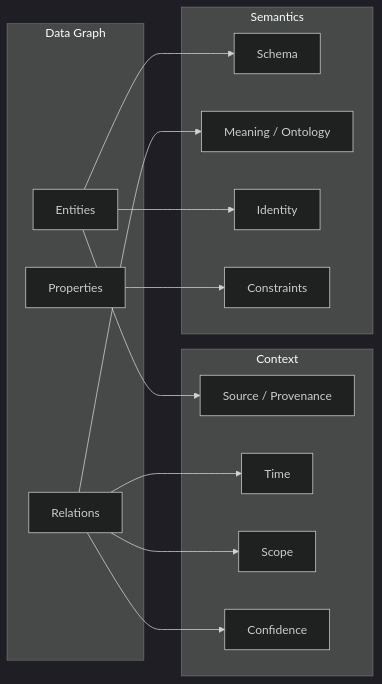
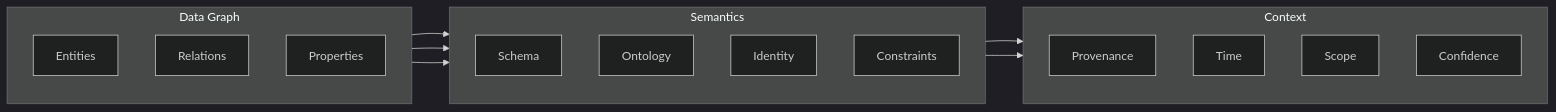
One commit to MinhTuan76800310/knowledge_graph_learning-journey changed the diagram in book/chapter01.md. Above: the diagram before and after it, drawn with Mermaid (dark theme). The commit also changed other lines of this file and 36 other files, not shown here.

````diff
--- a/book/chapter01.md
+++ b/book/chapter01.md
@@ -17,31 +53,29 @@
 ```mermaid
 graph LR
-    subgraph "Data Graph"
+    subgraph DG["Data Graph"]
+        direction TB
         E[Entities]
         R[Relations]
         P[Properties]
     end
-    
-    subgraph "Semantics"
+    subgraph SE["Semantics"]
+        direction TB
         S[Schema]
-        M[Meaning / Ontology]
+        M[Ontology]
         I[Identity]
         C[Constraints]
     end
-    
-    subgraph "Context"
-        SR[Source / Provenance]
+    subgraph CT["Context"]
+        direction TB
+        SR[Provenance]
         T[Time]
         SC[Scope]
         CF[Confidence]
     end
-    
+    DG ~~~ SE ~~~ CT
     E --> S
     R --> M
     P --> C
-    E --> I
-    E --> SR
-    R --> T
-    R --> SC
-    R --> CF
+    I --> SR
+    M --> T
 ```
````
